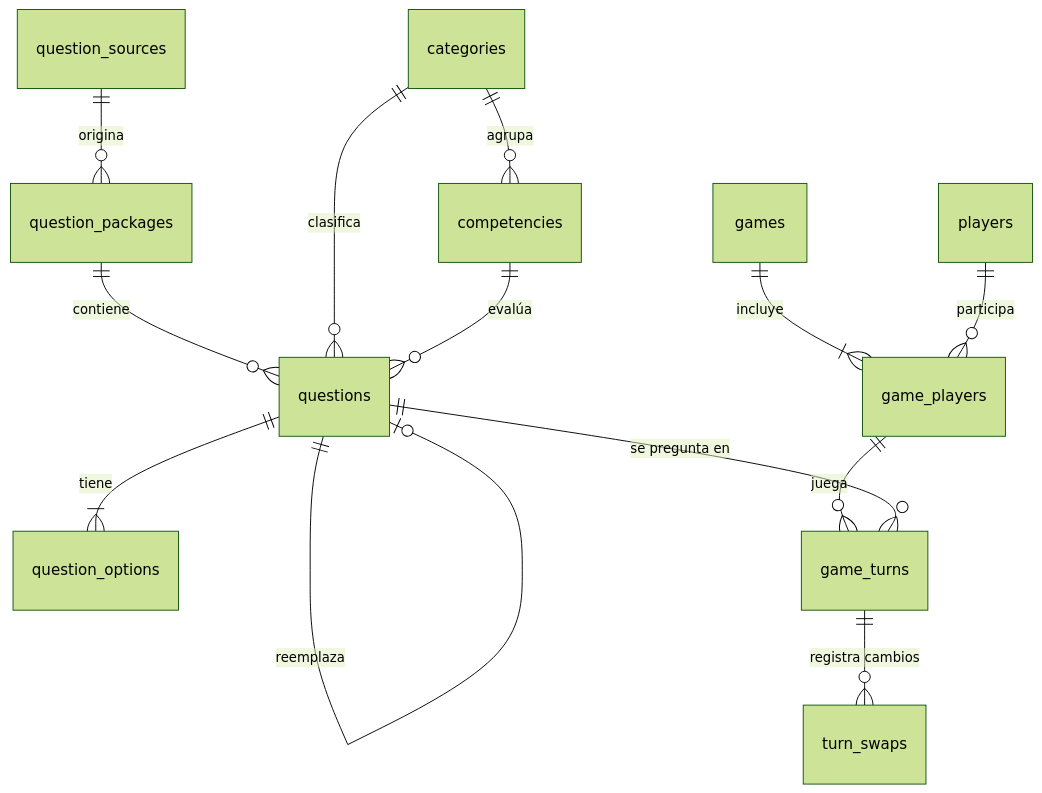
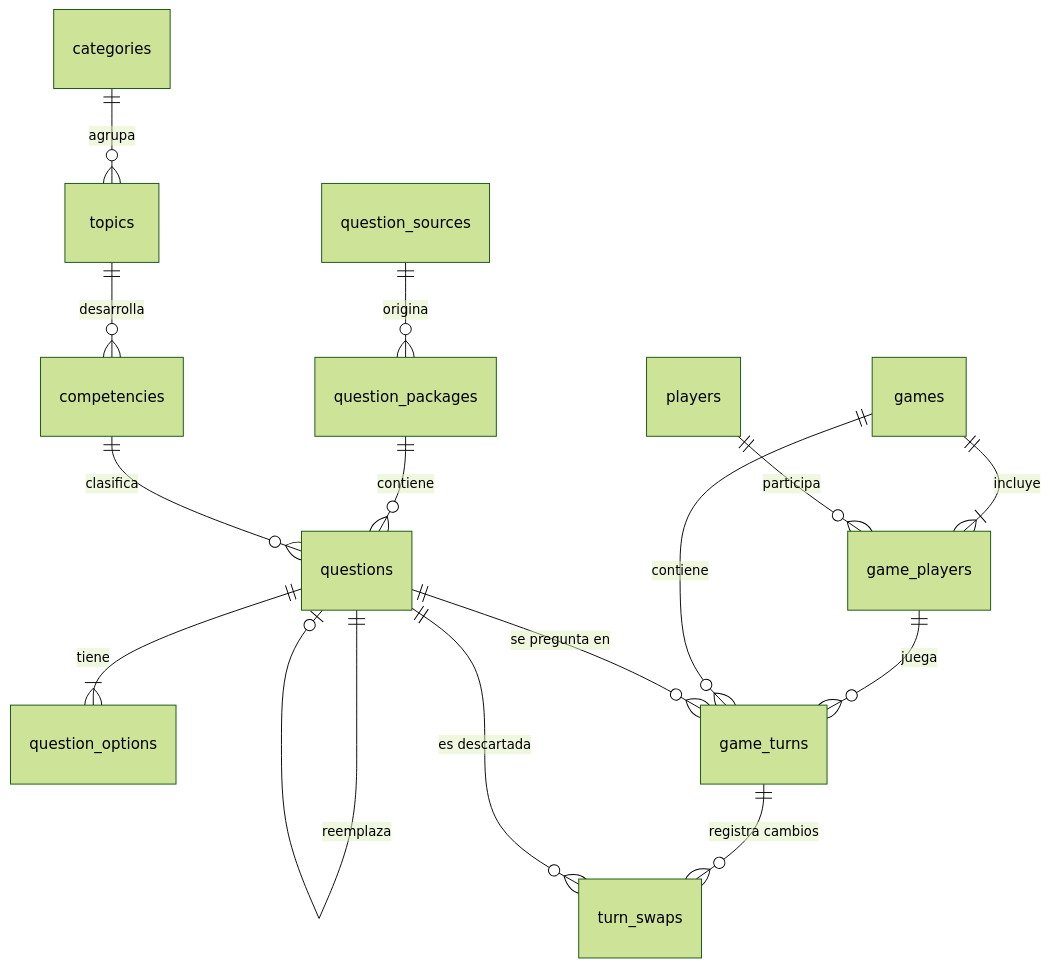
One commit to JNEON/SABERIA changed the diagram in docs/data-model.md. Above: the diagram before and after it, drawn with Mermaid (forest theme). The commit also changed other lines of this file and 35 other files, not shown here.

````diff
--- a/docs/data-model.md
+++ b/docs/data-model.md
@@ -48,15 +120,17 @@
-```mermaid
+``` mermaid
 erDiagram
     question_sources ||--o{ question_packages : "origina"
     question_packages ||--o{ questions : "contiene"
-    categories ||--o{ competencies : "agrupa"
-    categories ||--o{ questions : "clasifica"
-    competencies ||--o{ questions : "evalúa"
+    categories ||--o{ topics : "agrupa"
+    topics ||--o{ competencies : "desarrolla"
+    competencies ||--o{ questions : "clasifica"
     questions ||--|{ question_options : "tiene"
     questions ||--o| questions : "reemplaza"
     games ||--|{ game_players : "incluye"
     players ||--o{ game_players : "participa"
     game_players ||--o{ game_turns : "juega"
+    games ||--o{ game_turns : "contiene"
     questions ||--o{ game_turns : "se pregunta en"
     game_turns ||--o{ turn_swaps : "registra cambios"
+    questions ||--o{ turn_swaps : "es descartada"
 ```
````
